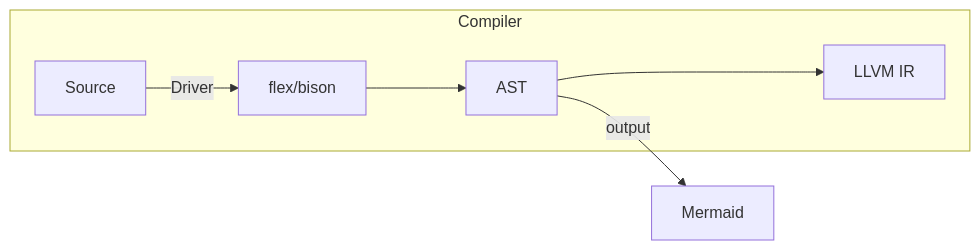
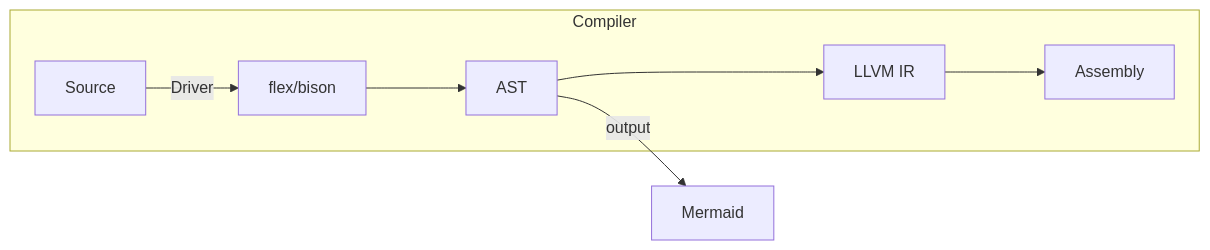
Before and after one commit to nyml2003/sysY: the first of 2 diagrams in README.md, drawn with Mermaid. The commit also changed 32 other files, not shown here.

````diff
--- a/README.md
+++ b/README.md
@@ -2,9 +2,10 @@
 ```mermaid
 graph LR
     subgraph "Compiler"
         A[Source] --Driver--> B[flex/bison]
         B ---> C[AST]
         C ---> E[LLVM IR]
+        E ---> F[Assembly]
     end
     C -- output--> D[Mermaid]
 ```
````
